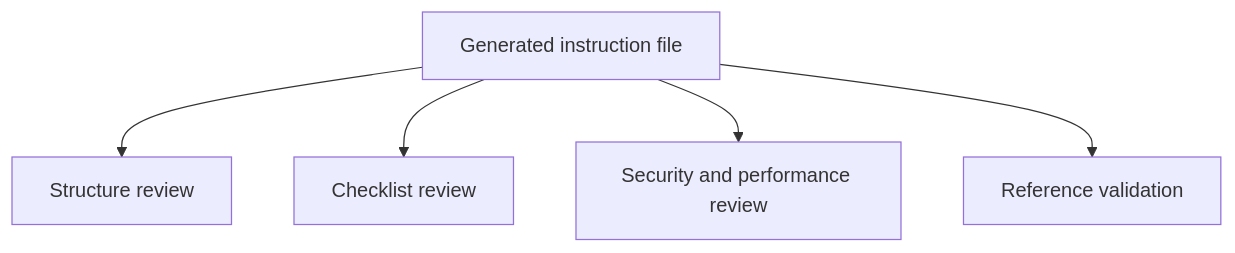
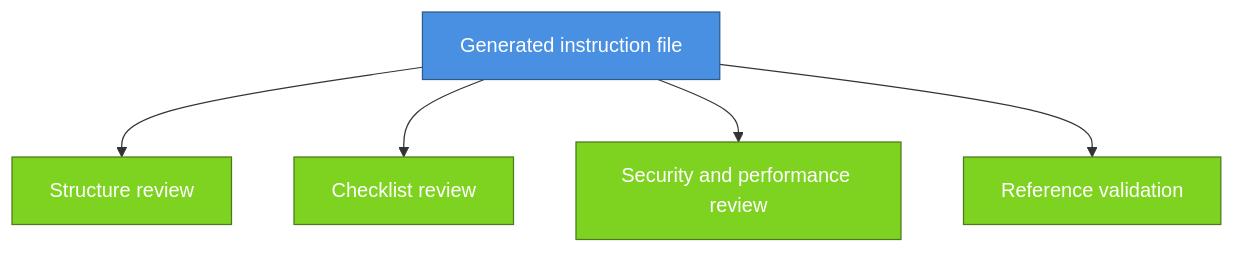
One commit to j0hnnymiller/AI-Assisted-Software-Development changed the second of 2 diagrams in slides/marp/technology-stack-instruction-files.deck.md. Above: the diagram before and after it, drawn with Mermaid. The commit also changed other lines of this file and 76 other files, not shown here.

````diff
--- a/slides/marp/technology-stack-instruction-files.deck.md
+++ b/slides/marp/technology-stack-instruction-files.deck.md
@@ -159,7 +129,10 @@
 ```mermaid
 flowchart TB
-    A[Generated instruction file] --> B[Structure review]
-    A --> C[Checklist review]
-    A --> D[Security and performance review]
-    A --> E[Reference validation]
+    A[Generated instruction file]:::primary --> B[Structure review]:::review
+    A --> C[Checklist review]:::review
+    A --> D[Security and performance review]:::review
+    A --> E[Reference validation]:::review
+
+    classDef primary fill:#4A90E2,stroke:#2E5C8A,color:#fff
+    classDef review fill:#7ED321,stroke:#4A7A1A,color:#fff
 ```
````
